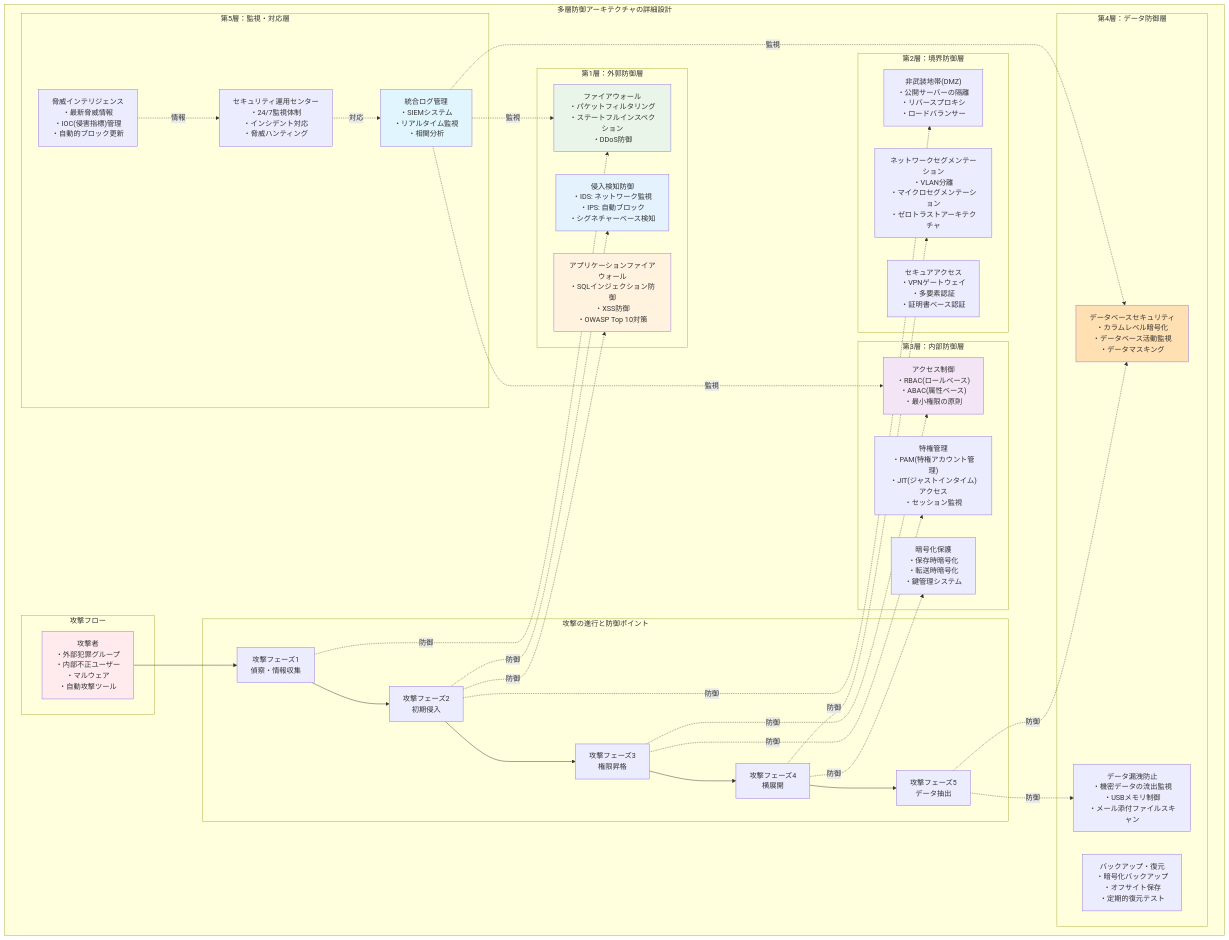
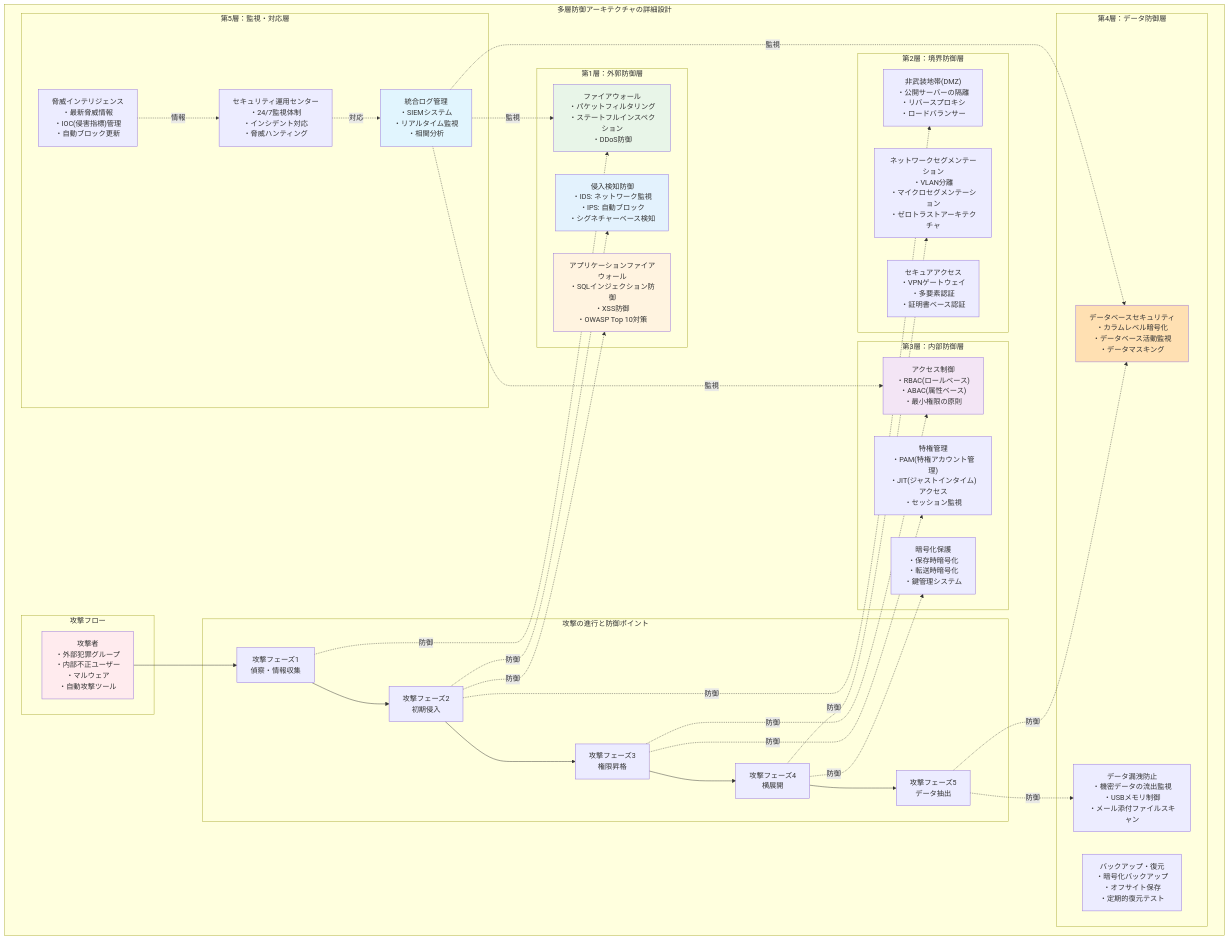
Before and after one commit to itdojp/it-infra-security-guide-book: the first of 5 diagrams in src/chapter-chapter02/index.md, drawn with Mermaid.

````diff
--- a/src/chapter-chapter02/index.md
+++ b/src/chapter-chapter02/index.md
@@ -27,77 +27,77 @@
 ```mermaid
 graph TB
     subgraph "多層防御アーキテクチャの詳細設計"
         subgraph "攻撃フロー"
             Attacker["攻撃者<br/>・外部犯罪グループ<br/>・内部不正ユーザー<br/>・マルウェア<br/>・自動攻撃ツール"]
         end
         
         subgraph "第1層：外郭防御層"
             Firewall["ファイアウォール<br/>・パケットフィルタリング<br/>・ステートフルインスペクション<br/>・DDoS防御"]
             IDS_IPS["侵入検知防御<br/>・IDS: ネットワーク監視<br/>・IPS: 自動ブロック<br/>・シグネチャーベース検知"]
             WAF["アプリケーションファイアウォール<br/>・SQLインジェクション防御<br/>・XSS防御<br/>・OWASP Top 10対策"]
         end
         
         subgraph "第2層：境界防御層"
             DMZ["非武装地帯(DMZ)<br/>・公開サーバーの隔離<br/>・リバースプロキシ<br/>・ロードバランサー"]
             Segmentation["ネットワークセグメンテーション<br/>・VLAN分離<br/>・マイクロセグメンテーション<br/>・ゼロトラストアーキテクチャ"]
             VPN["セキュアアクセス<br/>・VPNゲートウェイ<br/>・多要素認証<br/>・証明書ベース認証"]
         end
         
         subgraph "第3層：内部防御層"
             AccessControl["アクセス制御<br/>・RBAC(ロールベース)<br/>・ABAC(属性ベース)<br/>・最小権限の原則"]
             PrivilegeManagement["特権管理<br/>・PAM(特権アカウント管理)<br/>・JIT(ジャストインタイム)アクセス<br/>・セッション監視"]
             Encryption["暗号化保護<br/>・保存時暗号化<br/>・転送時暗号化<br/>・鍵管理システム"]
         end
         
         subgraph "第4層：データ防御層"
             DatabaseSecurity["データベースセキュリティ<br/>・カラムレベル暗号化<br/>・データベース活動監視<br/>・データマスキング"]
             Backup["バックアップ・復元<br/>・暗号化バックアップ<br/>・オフサイト保存<br/>・定期的復元テスト"]
             DLP["データ漏洩防止<br/>・機密データの流出監視<br/>・USBメモリ制御<br/>・メール添付ファイルスキャン"]
         end
         
         subgraph "第5層：監視・対応層"
             SIEM["統合ログ管理<br/>・SIEMシステム<br/>・リアルタイム監視<br/>・相関分析"]
             SOC["セキュリティ運用センター<br/>・24/7監視体制<br/>・インシデント対応<br/>・脅威ハンティング"]
-            ThreatIntel["脅威インテリジェンス<br/>・最新脅威情報<br/>・IOC(侵害指標)管理<br/>・自動的ブロック更新"]
+            ThreatIntel["脅威インテリジェンス<br/>・最新脅威情報<br/>・IOC(侵害指標)管理<br/>・自動ブロック更新"]
         end
         
         subgraph "攻撃の進行と防御ポイント"
             Attack1["攻撃フェーズ1<br/>偵察・情報収集"]
             Attack2["攻撃フェーズ2<br/>初期侵入"]
             Attack3["攻撃フェーズ3<br/>権限昇格"]
             Attack4["攻撃フェーズ4<br/>横展開"]
             Attack5["攻撃フェーズ5<br/>データ抽出"]
         end
         
         Attacker --> Attack1
         Attack1 --> Attack2
         Attack2 --> Attack3
         Attack3 --> Attack4
         Attack4 --> Attack5
         
         Attack1 -.防御.-> Firewall
         Attack2 -.防御.-> IDS_IPS
         Attack2 -.防御.-> WAF
         Attack2 -.防御.-> DMZ
         Attack3 -.防御.-> AccessControl
         Attack3 -.防御.-> PrivilegeManagement
         Attack4 -.防御.-> Segmentation
         Attack4 -.防御.-> Encryption
         Attack5 -.防御.-> DatabaseSecurity
         Attack5 -.防御.-> DLP
         
         SIEM -.監視.-> Firewall
         SIEM -.監視.-> AccessControl
         SIEM -.監視.-> DatabaseSecurity
         SOC -.対応.-> SIEM
         ThreatIntel -.情報.-> SOC
     end
     
     style Attacker fill:#ffebee
     style Firewall fill:#e8f5e8
     style IDS_IPS fill:#e3f2fd
     style WAF fill:#fff3e0
     style AccessControl fill:#f3e5f5
     style DatabaseSecurity fill:#ffe0b2
     style SIEM fill:#e1f5fe
 ```
````
